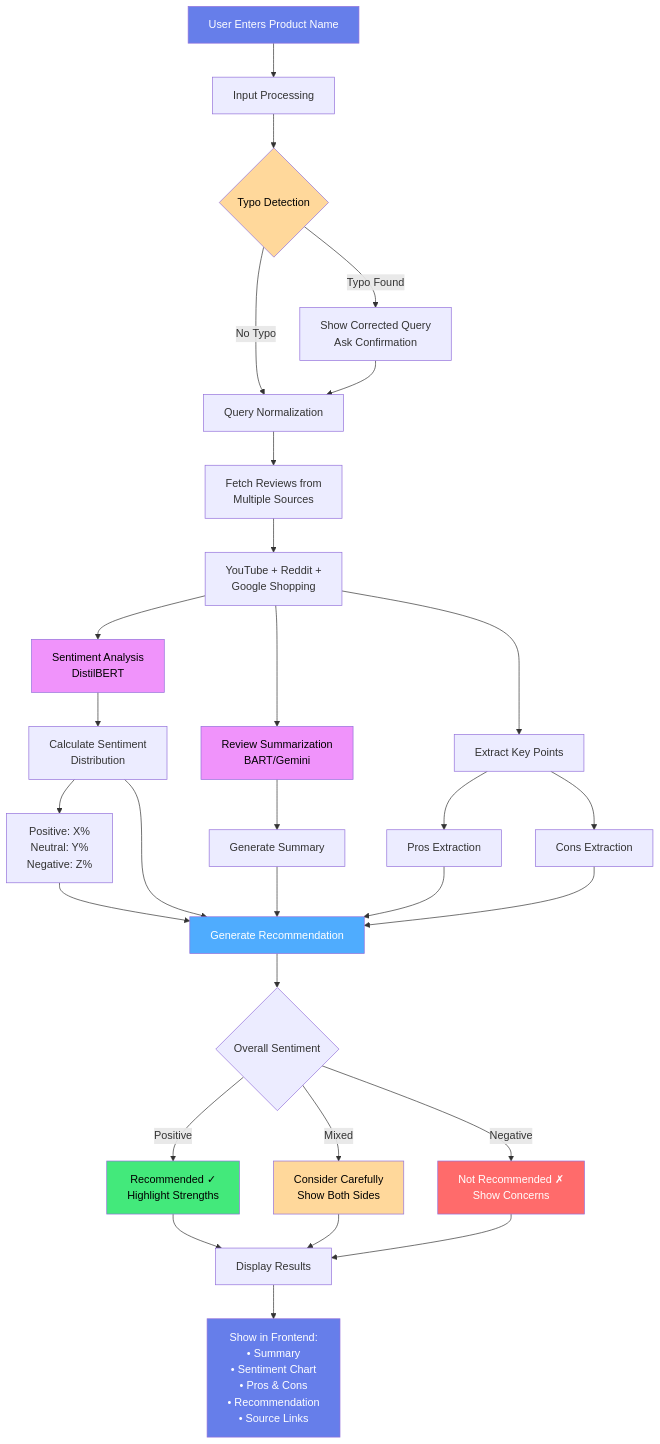
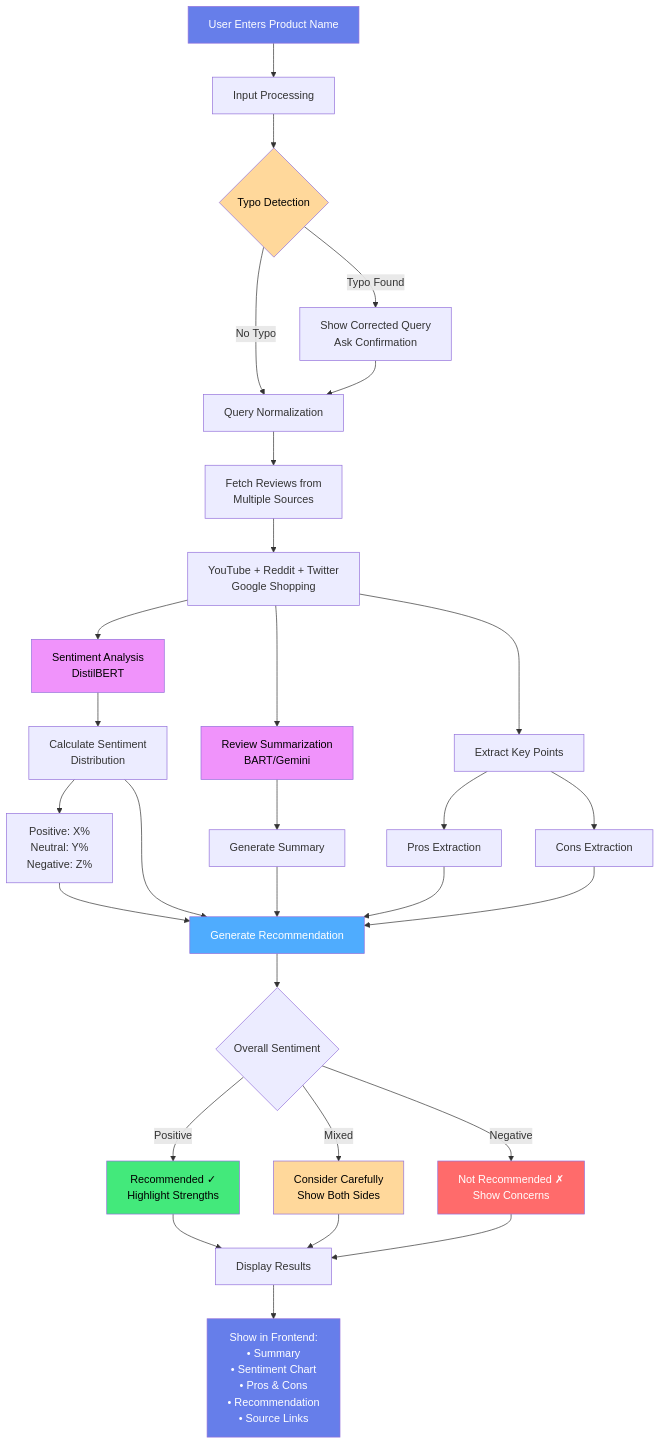
The second of 11 diagrams in docs/ARCHITECTURE.md (Shabeehak/ClarifyProductsAI), drawn with Mermaid before and after one commit. The commit also changed other lines of this file and 3 other files, not shown here.

````diff
--- a/docs/ARCHITECTURE.md
+++ b/docs/ARCHITECTURE.md
@@ -56,51 +107,51 @@
 ```mermaid
 flowchart TD
     A[User Enters Product Name] --> B[Input Processing]
     B --> C{Typo Detection}
 
     C -->|Typo Found| D[Show Corrected Query<br/>Ask Confirmation]
     C -->|No Typo| E[Query Normalization]
     D --> E
 
     E --> F[Fetch Reviews from<br/>Multiple Sources]
-    F --> G[YouTube + Reddit +<br/>Google Shopping]
+    F --> G[YouTube + Reddit + Twitter<br/>Google Shopping]
 
     G --> H[Sentiment Analysis<br/>DistilBERT]
     H --> I[Calculate Sentiment<br/>Distribution]
 
     I --> J[Positive: X%<br/>Neutral: Y%<br/>Negative: Z%]
 
     G --> K[Review Summarization<br/>BART/Gemini]
     K --> L[Generate Summary]
 
     G --> M[Extract Key Points]
     M --> N[Pros Extraction]
     M --> O[Cons Extraction]
 
     J --> P[Generate Recommendation]
     I --> P
     L --> P
     N --> P
     O --> P
 
     P --> Q{Overall Sentiment}
     Q -->|Positive| R[Recommended ✓<br/>Highlight Strengths]
     Q -->|Mixed| S[Consider Carefully<br/>Show Both Sides]
     Q -->|Negative| T[Not Recommended ✗<br/>Show Concerns]
 
     R --> U[Display Results]
     S --> U
     T --> U
 
     U --> V[Show in Frontend:<br/>• Summary<br/>• Sentiment Chart<br/>• Pros & Cons<br/>• Recommendation<br/>• Source Links]
 
     style A fill:#667eea,color:#fff
     style C fill:#ffd89b,color:#000
     style H fill:#f093fb,color:#000
     style K fill:#f093fb,color:#000
     style P fill:#4facfe,color:#fff
     style R fill:#43e97b,color:#000
     style S fill:#ffd89b,color:#000
     style T fill:#ff6b6b,color:#fff
     style V fill:#667eea,color:#fff
 ```
````
